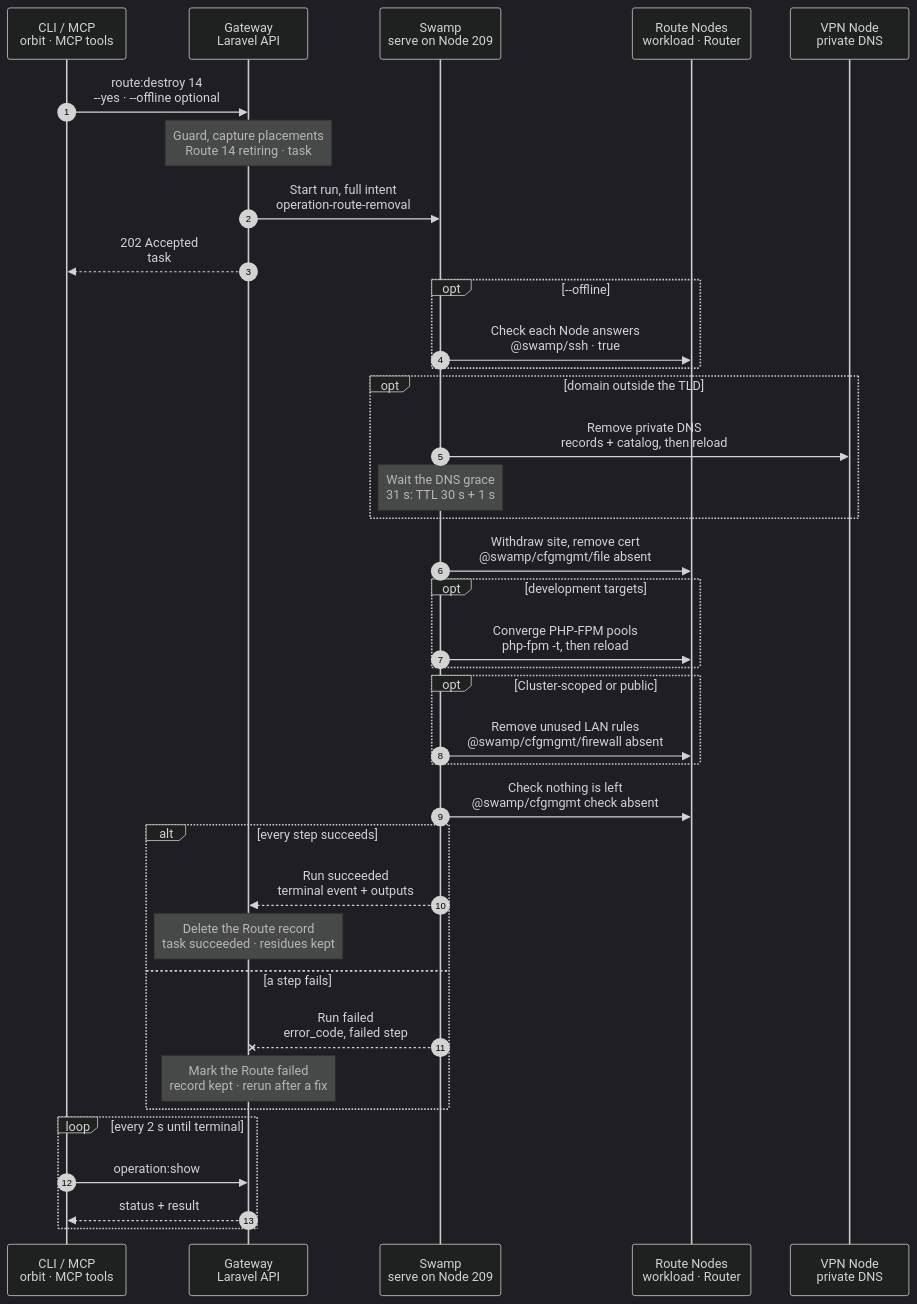
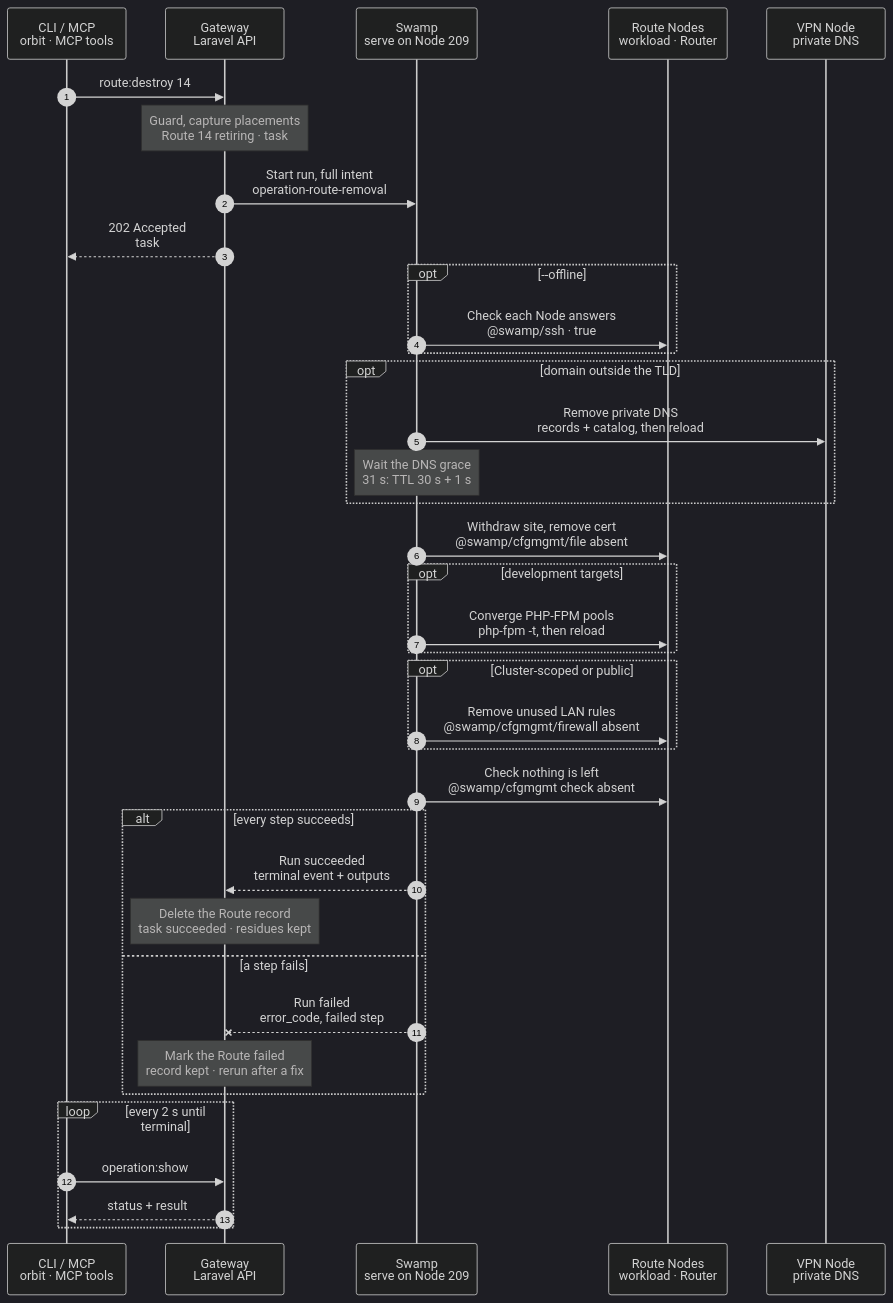
One commit to hardimpactdev/orbit changed the diagram in docs/cli/route/destroy.mmd. Above: the diagram before and after it, drawn with Mermaid (dark theme). The commit also changed 5 other files, not shown here.

First line of the commit message:
docs(cli): draw route and schedule charts with a required-only main path

```diff
--- a/docs/cli/route/destroy.mmd
+++ b/docs/cli/route/destroy.mmd
@@ -1,147 +1,150 @@
 sequenceDiagram
   %% Target design: ADR 0244 task, DECISIONS R1-R4 + round 2 (route.destroy cleanup runs in the workflow; the Gateway deletes the record on the terminal result), single-swamp-node. docs/cli/route.mdx, docs/reference/routes.md (Remove a Route).
   %% Tightened: flow-tighten 2026-11-02, rules 3, 17, 22 (DNS and its grace only outside the TLD; site and certificate withdrawn in one step, the mirror of route:create; LAN rules in the mirrored opt; cfgmgmt file/firewall).
+  %% Rule 23: 2026-11-03 required-only main path.
   %% status: draft
   %% command: route:destroy
   %% kind: route.destroy
   autonumber
   %% lane CLI icon=terminal pill=caller tone=gray
   %% lane GW icon=gateway pill=intent tone=blue
   %% lane SW icon=workflow pill=executes tone=green
   %% lane N icon=server pill=target tone=amber
   %% lane V icon=server pill=target tone=purple
   participant CLI as CLI / MCP<br/>orbit · MCP tools
   participant GW as Gateway<br/>Laravel API
   participant SW as Swamp<br/>serve on Node 209
   participant N as Route Nodes<br/>workload · Router
   participant V as VPN Node<br/>private DNS
-  CLI->>GW: route:destroy 14<br/>--yes · --offline optional
+  CLI->>GW: route:destroy 14
   %%> Command:
-  %%> - `orbit route:destroy 14 --yes`
+  %%> - `orbit route:destroy 14`
   %%> - syntax: `<route> [--yes] [--offline]`
   %%> Input:
   %%> - Route 14
+  %%> Optional:
   %%> - `--offline`: skip a Node that does not answer, and list what it still needs
+  %%> - `--yes` skips the prompt; `--idempotency-key` and `--json` change no step
   %%> Replacement:
   %%> - on a `pending` or `failed` replacement that never moved DNS, it abandons the domain change
   %%> - the same steps remove the replacement's site and certificates; the old URL is written back; the replaced Route stays
   %%> Confirmation:
   %%> - without `--yes`, the CLI asks first; the default is No
   %%> - without a terminal, or with `--json`, `--yes` is required
   Note over GW: Guard, capture placements<br/>Route 14 retiring · task #5130
   %%> Requirements:
   %%> - your Node has an access grant to Node 7, the Route's Node
   %%> - no active Instance depends on Route 14 (`route.target_conflict`); remove the Instance with `instance:destroy` instead
   %%> - the public edge of Route 14 is not live, and it is not in an active replacement pair
   %%> - Route 14 is not an analytics tracking Route (`route.tracking_managed`)
   %%> - no open Instance transfer owns it (`instance.transfer_incomplete`)
   %%> Locks:
   %%> - the projection lock and the environment owner of every target Instance
   %%> Captures:
   %%> - every Node the Route touches: workload, Router, Ingress, VPN Node
   %%> - the Caddy blocks, certificate scopes, PHP-FPM pools and LAN tuples to remove
   %%> - the DNS records without Route 14
   %%> Result:
   %%> - Route 14 marked `retiring`; its record stays until the result
   %%> - task #5130 recorded with the full intent
   GW->>SW: Start run, full intent<br/>operation-route-removal
   %%> What it does:
   %%> - starts one Swamp run on serve (Node 209)
   %%> Inputs:
   %%> - the captured removal plan, per Node
   %%> - each Node's address and SSH host keys; the SSH identity comes from the `swamp` role
   %%> - whether `--offline` was given
   GW-->>CLI: 202 Accepted<br/>task #5130
   %%> What you get:
   %%> - the task number, at once
   %%> Next:
   %%> - the CLI follows the task with `operation:show`
   opt --offline
     SW->>N: Check each Node answers<br/>@swamp/ssh · true
     %%> What it does:
     %%> - tries each Node once over `@swamp/ssh` from 209
     %%> - a Node that does not answer is skipped by every later step
     %%> - a Node that answers keeps every step; a failure on it still stops the removal
   end
   opt domain outside the TLD
   SW->>V: Remove private DNS<br/>records + catalog, then reload
   %%> When:
   %%> - only for a domain outside the Cluster or Node TLD; private DNS answers the whole TLD, so `shop.test` inside it has no record
   %%> What it does:
   %%> - removes `shop.test` from the private DNS records
   %%> - checks the loaded catalog and a DNS reply
   %%> Order:
   %%> - DNS goes first, so the name stops resolving before its site leaves
   Note over SW: Wait the DNS grace<br/>31 s: TTL 30 s + 1 s
   %%> Why:
   %%> - resolvers that honor the TTL stop asking for the name before its site leaves
   end
   SW->>N: Withdraw site, remove cert<br/>@swamp/cfgmgmt/file absent
   %%> How:
   %%> - Swamp reaches every captured Node over `@swamp/ssh` from 209
   %%> What it does:
   %%> - removes Route 14's site blocks on the workload, the Router and the Ingress
   %%> - validates the Caddyfile, then reloads Caddy; never a restart (rule 7)
   %%> - then removes the certificate scopes owned by Route 14 on each Node, with `ensure: absent`
   %%> Why one step:
   %%> - the mirror of "Install cert, publish site" in `route:create`
   %%> Kept:
   %%> - Caddy itself and the Node's shared runtime
   %%> - each target's own Instance certificate, until `instance:destroy`
   opt development targets
     SW->>N: Converge PHP-FPM pools<br/>php-fpm -t, then reload
     %%> What it does:
     %%> - right after the site leaves, converges every PHP-FPM pool on the Node of each development target
     %%> - a pool whose working directory is gone is skipped and does not stop the removal
     %%> Not included:
     %%> - a production target keeps its dedicated PHP-FPM service until `instance:destroy`
   end
   opt Cluster-scoped or public
   SW->>N: Remove unused LAN rules<br/>@swamp/cfgmgmt/firewall absent
   %%> When:
   %%> - mirrors the `route:create` opts that add the Router LAN rule and open the Ingress edge
   %%> What it does:
   %%> - removes the Router LAN tuples on the workload Node that no published Route still needs
   %%> - an identical tuple that another Route uses stays
   %%> - on the Ingress, closes `orbit:ingress-http` and `orbit:ingress-https` when Route 14 was the last public Route
   end
   SW->>N: Check nothing is left<br/>@swamp/cfgmgmt check absent
   %%> What it does:
   %%> - the `check` of the file and firewall behaviors on each Node: no site block names `shop.test`, no Route 14 certificate scope, no removed tuple
   %%> Why:
   %%> - the Route only counts as removed when the Nodes show it
   alt every step succeeds
     SW-->>GW: Run succeeded<br/>terminal event + outputs
     %%> How the Gateway learns it:
     %%> - its shared run reader sees the terminal event; Swamp never calls the Gateway
     %%> Outputs:
     %%> - with `--offline`: each skipped Node and the steps it still needs
     Note over GW: Delete the Route record<br/>task succeeded · residues kept
     %%> Result:
     %%> - Route 14 is deleted and `shop.test` is released
     %%> - the Instances stay, without this Route
     %%> - a skipped Node gets a residue record; `node:converge` finishes it once the Node answers
     %%> - task #5130 succeeds and lists `retained_on_nodes`
   else a step fails
     SW--xGW: Run failed<br/>error_code, failed step
     %%> The Gateway reads:
     %%> - which step failed and its error code
     %%> - a Node that did not answer gives `route.node_unreachable`, naming the Node and `--offline`
     Note over GW: Mark the Route failed<br/>record kept · rerun after a fix
     %%> Result:
     %%> - Route 14 stays, marked `failed` with `failed_step` and `error_code`
     %%> - task #5130 fails
     %%> On the Node:
     %%> - what earlier steps removed stays removed; there is no rollback
     %%> - that is safe: every step skips what is already gone
     %%> Retry:
     %%> - run the same command again after fixing the cause, or add `--offline` for an unreachable Node
   end
   loop every 2 s until terminal
     CLI->>GW: operation:show #5130
     %%> What it does:
     %%> - asks for the task's status every 2 seconds until it has ended
     GW-->>CLI: status + result
     %%> Returns:
     %%> - the current status, and the result once the task has ended
   end
```
